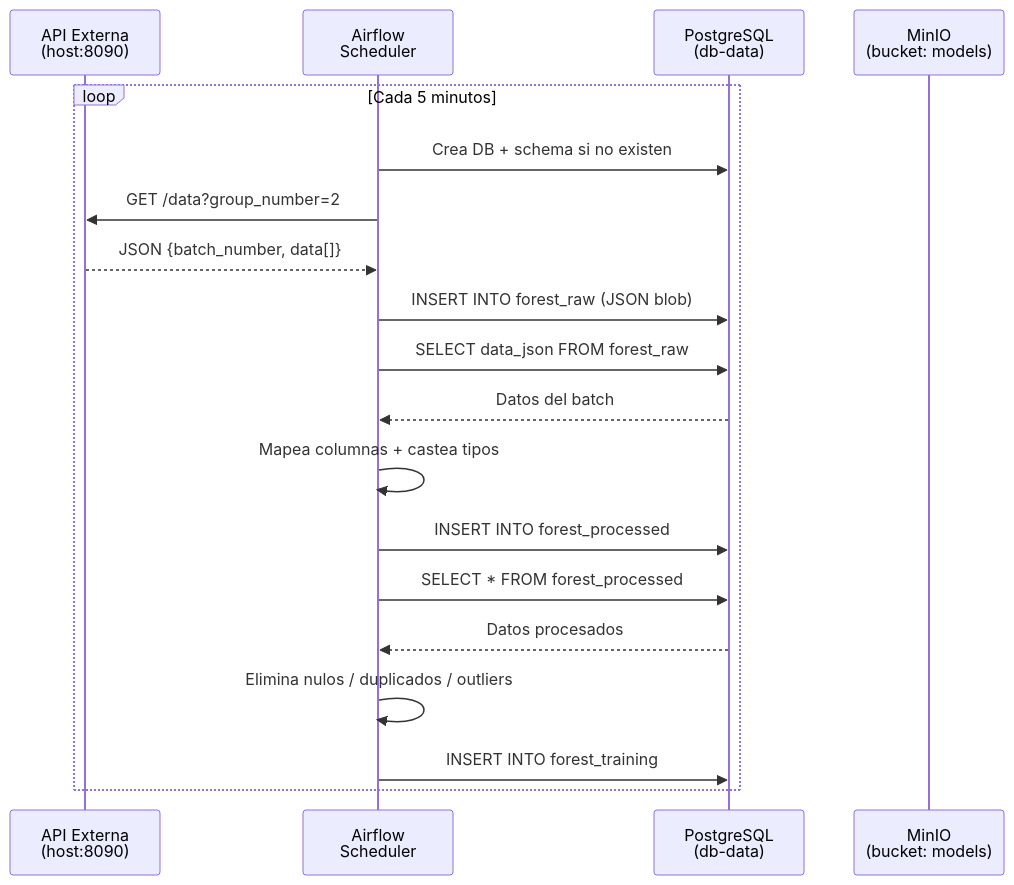
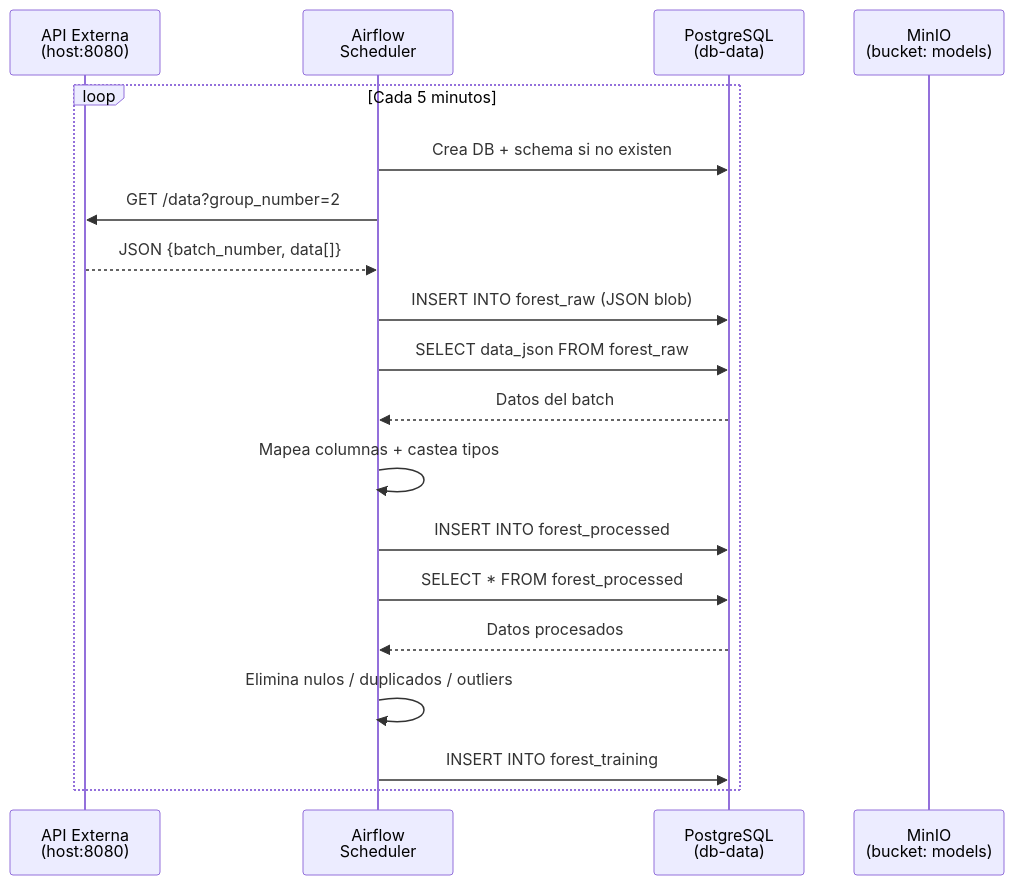
Before and after one commit to CamiloGarcia06/Mlops_talleres: the second of 4 diagrams in README.md, drawn with Mermaid. The commit also changed other lines of this file, not shown here.

````diff
--- a/README.md
+++ b/README.md
@@ -78,22 +78,22 @@
 ```mermaid
 sequenceDiagram
-    participant EXT as API Externa<br/>(host:8090)
+    participant EXT as API Externa<br/>(host:8080)
     participant AF as Airflow<br/>Scheduler
     participant DB as PostgreSQL<br/>(db-data)
     participant MIO as MinIO<br/>(bucket: models)
 
     loop Cada 5 minutos
         AF->>DB: Crea DB + schema si no existen
         AF->>EXT: GET /data?group_number=2
         EXT-->>AF: JSON {batch_number, data[]}
         AF->>DB: INSERT INTO forest_raw (JSON blob)
         AF->>DB: SELECT data_json FROM forest_raw
         DB-->>AF: Datos del batch
         AF->>AF: Mapea columnas + castea tipos
         AF->>DB: INSERT INTO forest_processed
         AF->>DB: SELECT * FROM forest_processed
         DB-->>AF: Datos procesados
         AF->>AF: Elimina nulos / duplicados / outliers
         AF->>DB: INSERT INTO forest_training
     end
 ```
````
